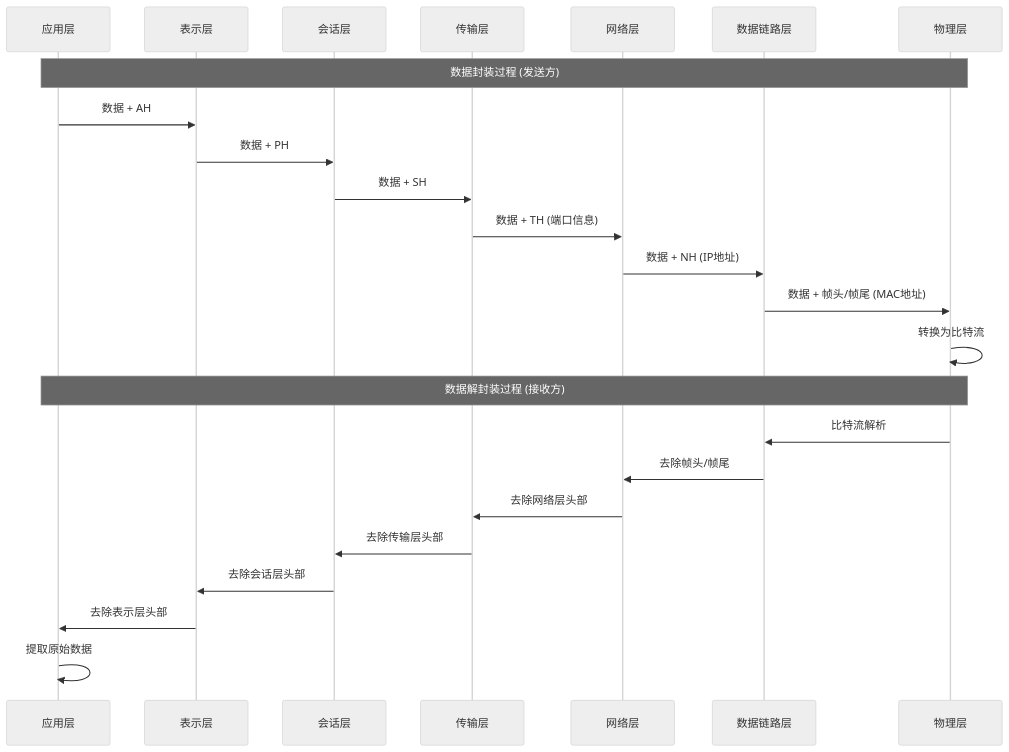
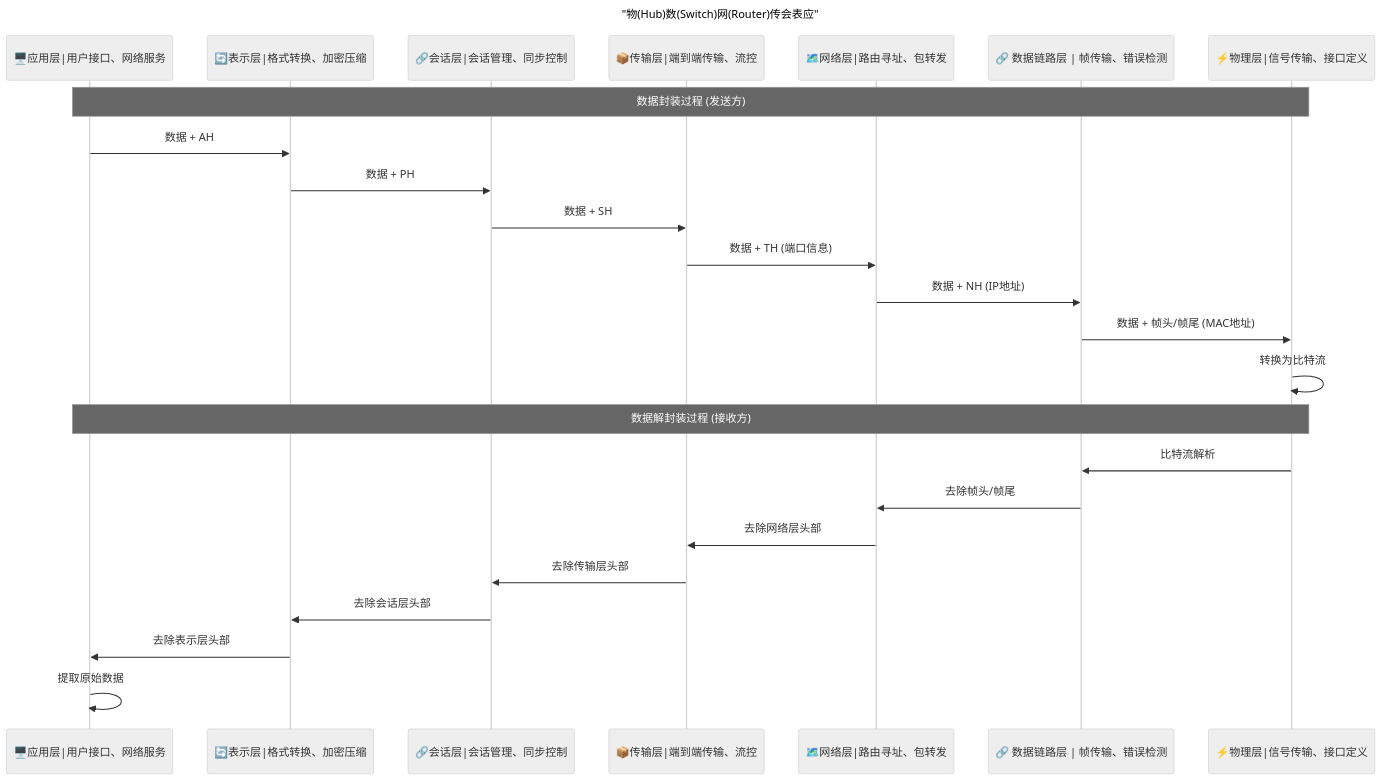
Before and after one commit to luotaofun/software-designer: the third of 6 diagrams in 软考备考知识库/计算机网络/OSI七层模型详解.md, drawn with Mermaid (neutral theme). The commit also changed other lines of this file and 4 other files, not shown here.

````diff
--- a/软考备考知识库/计算机网络/OSI七层模型详解.md
+++ b/软考备考知识库/计算机网络/OSI七层模型详解.md
@@ -99,28 +99,29 @@
 ```mermaid
-sequenceDiagram
-    participant App as 应用层
-    participant Pre as 表示层
-    participant Ses as 会话层
-    participant Tra as 传输层
-    participant Net as 网络层
-    participant "Link" as 数据链路层
-    participant Phy as 物理层
+sequenceDiagram 
+	title "物(Hub)数(Switch)网(Router)传会表应"
+    participant App as 🖥️应用层|用户接口、网络服务 
+    participant Pre as 🔄表示层|格式转换、加密压缩 
+    participant Ses as 🔗会话层|会话管理、同步控制 
+    participant Tra as 📦传输层|端到端传输、流控 
+    participant Net as 🗺️网络层|路由寻址、包转发 
+    participant "Link" as 🔗 数据链路层 | 帧传输、错误检测 
+    participant Phy as ⚡物理层|信号传输、接口定义 
 
     Note over App,Phy: 数据封装过程 (发送方)
     App->>Pre: 数据 + AH
     Pre->>Ses: 数据 + PH
     Ses->>Tra: 数据 + SH
     Tra->>Net: 数据 + TH (端口信息)
     Net->>"Link": 数据 + NH (IP地址)
     "Link"->>Phy: 数据 + 帧头/帧尾 (MAC地址)
     Phy->>Phy: 转换为比特流
 
     Note over Phy,App: 数据解封装过程 (接收方)
     Phy->>"Link": 比特流解析
     "Link"->>Net: 去除帧头/帧尾
     Net->>Tra: 去除网络层头部
     Tra->>Ses: 去除传输层头部
     Ses->>Pre: 去除会话层头部
     Pre->>App: 去除表示层头部
     App->>App: 提取原始数据
 ```
````
